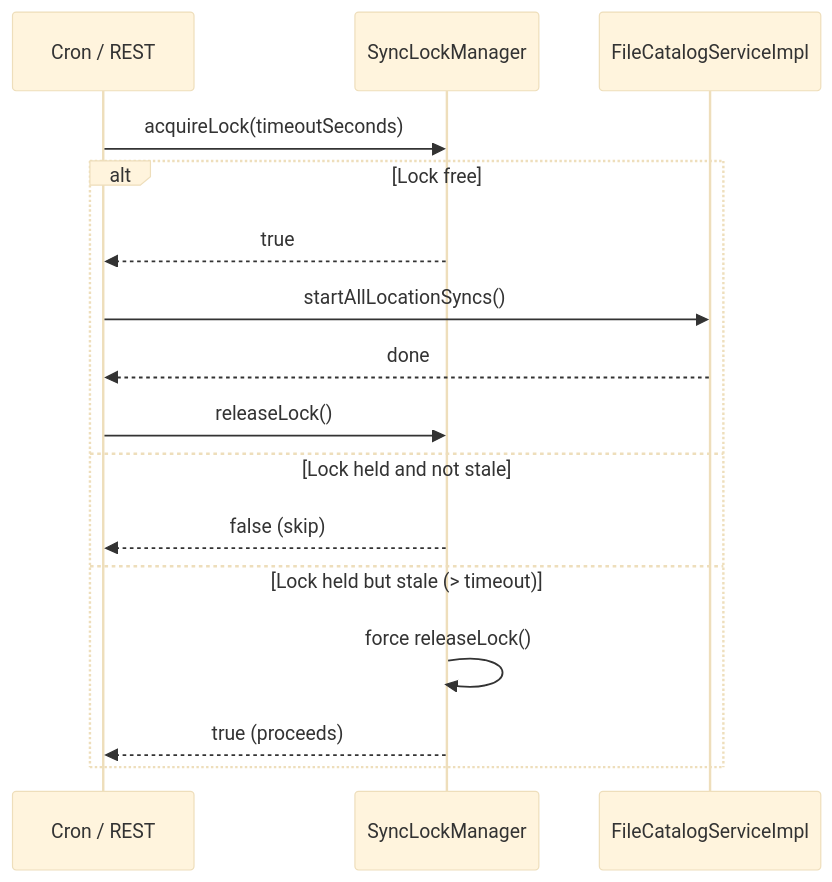
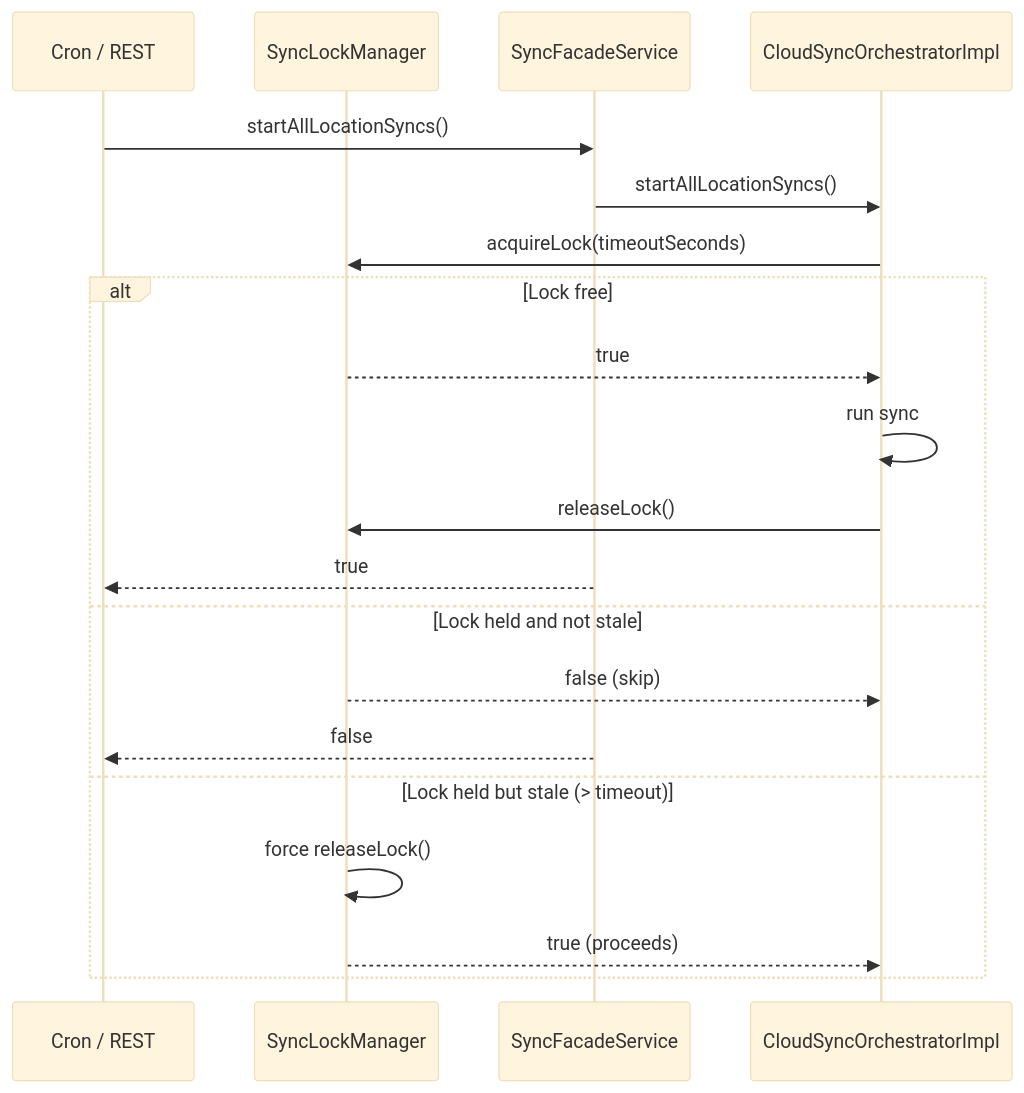
Before and after one commit to ringuerel/cloud-archiver: the sixth of 6 diagrams in docs/sync-workflow.md, drawn with Mermaid (base theme). The commit also changed other lines of this file and 32 other files, not shown here.

````diff
--- a/docs/sync-workflow.md
+++ b/docs/sync-workflow.md
@@ -219,19 +223,23 @@
 ```mermaid
 sequenceDiagram
     participant Cron as Cron / REST
     participant SLM as SyncLockManager
-    participant SVC as FileCatalogServiceImpl
+    participant Facade as SyncFacadeService
+    participant Orch as CloudSyncOrchestratorImpl
 
-    Cron->>SLM: acquireLock(timeoutSeconds)
+    Cron->>Facade: startAllLocationSyncs()
+    Facade->>Orch: startAllLocationSyncs()
+    Orch->>SLM: acquireLock(timeoutSeconds)
     alt Lock free
-        SLM-->>Cron: true
-        Cron->>SVC: startAllLocationSyncs()
-        SVC-->>Cron: done
-        Cron->>SLM: releaseLock()
+        SLM-->>Orch: true
+        Orch->>Orch: run sync
+        Orch->>SLM: releaseLock()
+        Facade-->>Cron: true
     else Lock held and not stale
-        SLM-->>Cron: false (skip)
+        SLM-->>Orch: false (skip)
+        Facade-->>Cron: false
     else Lock held but stale (> timeout)
         SLM->>SLM: force releaseLock()
-        SLM-->>Cron: true (proceeds)
+        SLM-->>Orch: true (proceeds)
     end
 ```
````
